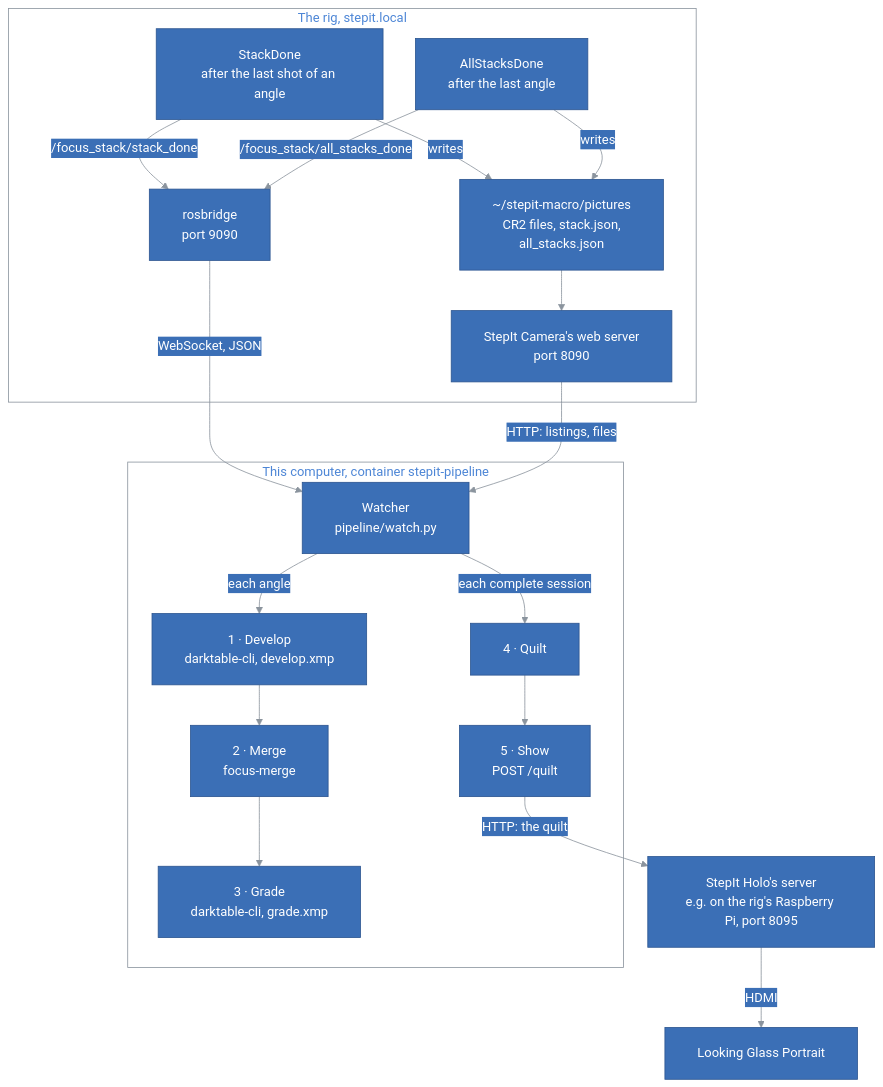
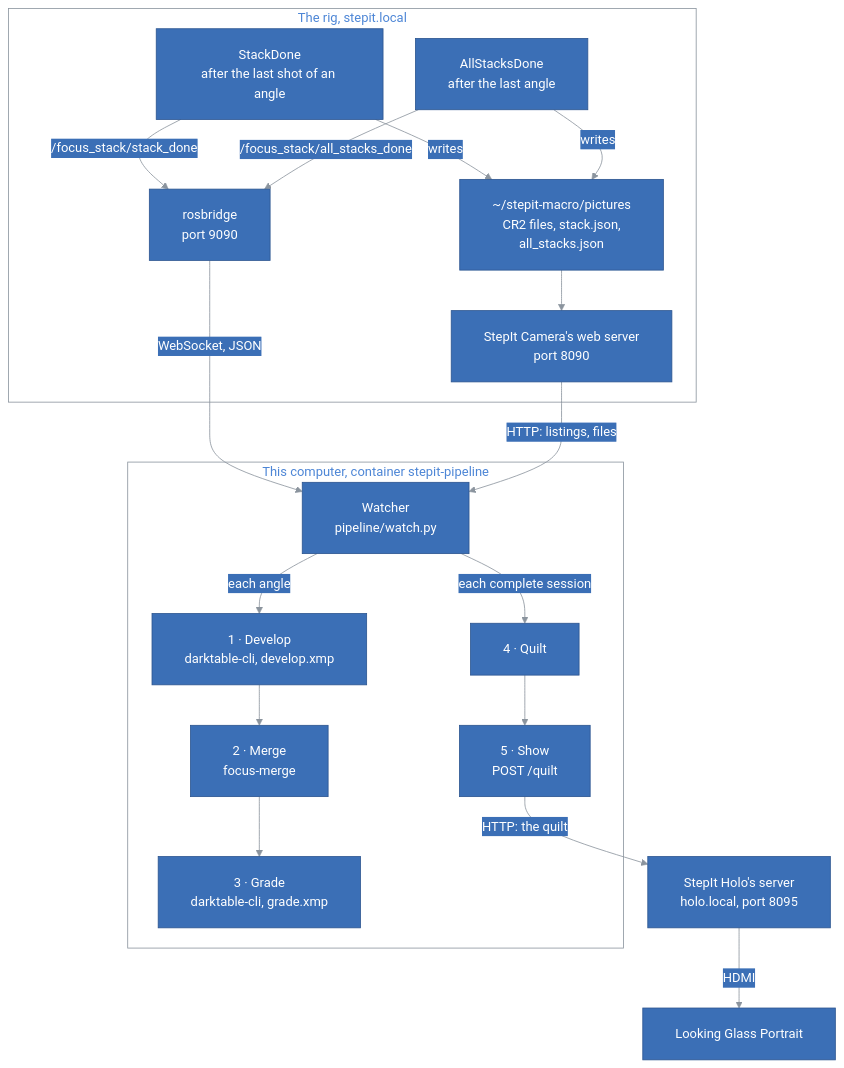
Before and after one commit to kineticsystem/stepit-stacker: the first of 2 diagrams in docs/ARCHITECTURE.md, drawn with Mermaid. The commit also changed other lines of this file and 2 other files, not shown here.

First line of the commit message:
Show the quilts on holo, the Portrait's own Raspberry Pi

```diff
--- a/docs/ARCHITECTURE.md
+++ b/docs/ARCHITECTURE.md
@@ -108,7 +108,7 @@
         Watcher -- "each angle" --> Develop --> Merge --> Grade
         Watcher -- "each complete session" --> Quilt --> Show
     end
-    Holo["StepIt Holo's server<br/>e.g. on the rig's Raspberry Pi, port 8095"]
+    Holo["StepIt Holo's server<br/>holo.local, port 8095"]
     Portrait["Looking Glass Portrait"]
     Rosbridge -- "WebSocket, JSON" --> Watcher
     RigPictures --> WebServer
```
